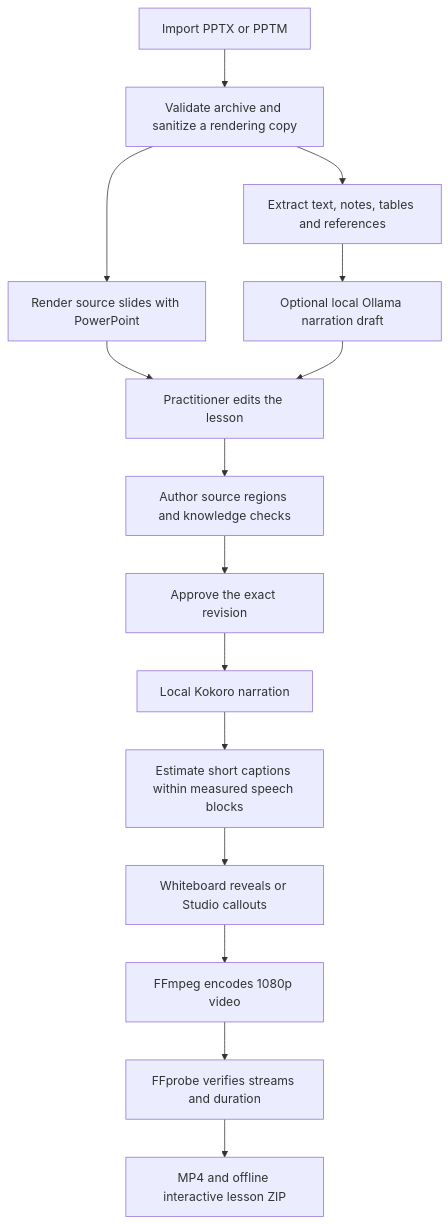
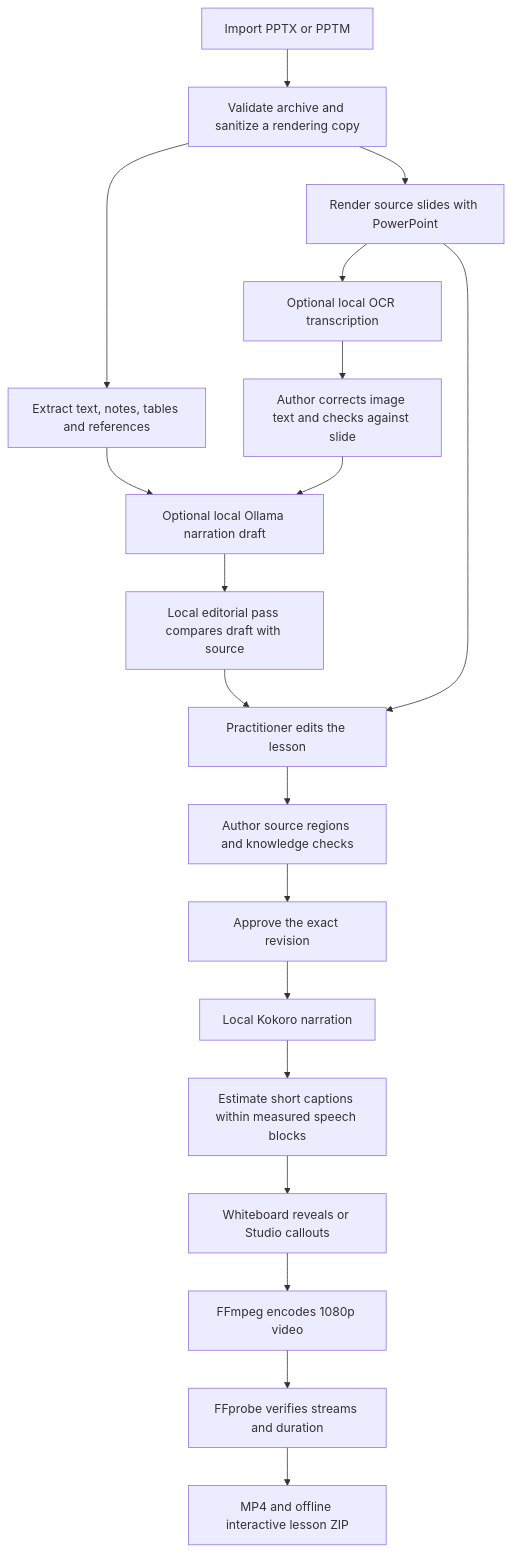
One commit to tasnimuldatascience/narrate-medical-studio changed the diagram in docs/PIPELINE.md. Above: the diagram before and after it, drawn with Mermaid. The commit also changed other lines of this file and 19 other files, not shown here.

Commit message:
Improve spoken drafts, offline slide OCR, and readable lesson transcripts

````diff
--- a/docs/PIPELINE.md
+++ b/docs/PIPELINE.md
@@ -5,17 +5,21 @@
 ```mermaid
 flowchart TD
     A[Import PPTX or PPTM] --> B[Validate archive and sanitize a rendering copy]
     B --> C[Extract text, notes, tables and references]
     B --> D[Render source slides with PowerPoint]
+    D --> O[Optional local OCR transcription]
+    O --> P[Author corrects image text and checks against slide]
     C --> E[Optional local Ollama narration draft]
+    P --> E
+    E --> Q[Local editorial pass compares draft with source]
     D --> F[Practitioner edits the lesson]
-    E --> F
+    Q --> F
     F --> G[Author source regions and knowledge checks]
     G --> H[Approve the exact revision]
     H --> I[Local Kokoro narration]
     I --> J[Estimate short captions within measured speech blocks]
     J --> K[Whiteboard reveals or Studio callouts]
     K --> L[FFmpeg encodes 1080p video]
     L --> M[FFprobe verifies streams and duration]
     M --> N[MP4 and offline interactive lesson ZIP]
 ```
````
